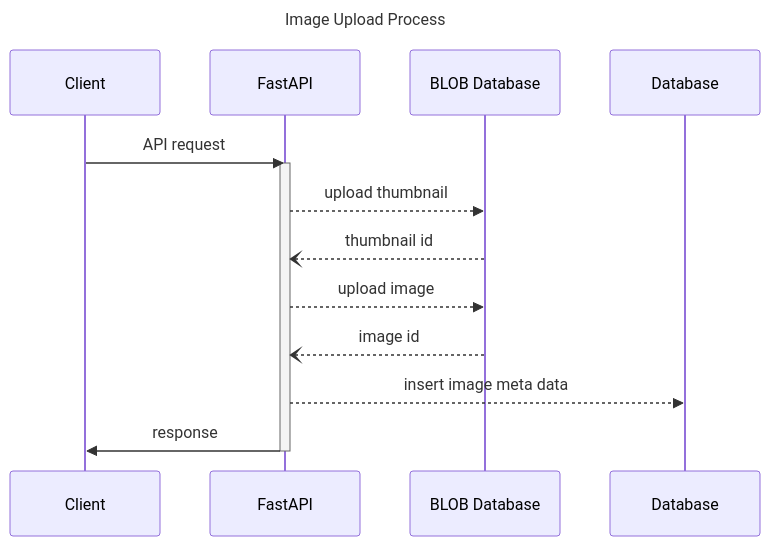
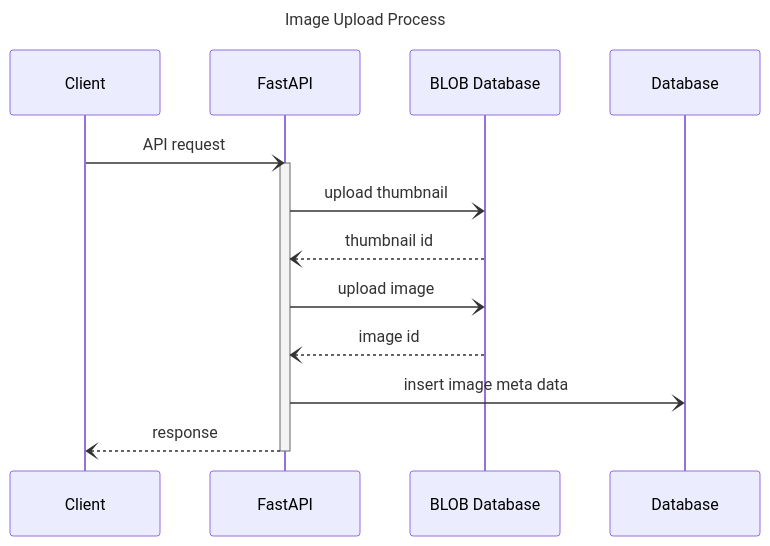
Before and after one commit to djccnt15/djccnt15.github.io: the second of 3 diagrams in docs/portfolio/vision.md, drawn with Mermaid. The commit also changed other lines of this file and 3 other files, not shown here.

Commit message:
hotfix UML diagrams

````diff
--- a/docs/portfolio/vision.md
+++ b/docs/portfolio/vision.md
@@ -161,15 +161,15 @@
 ```mermaid
 ---
 title: Image Upload Process
 ---
 sequenceDiagram
-    Client ->> FastAPI: API request
+    Client -) FastAPI: API request
     activate FastAPI
-    FastAPI -->> BLOB Database: upload thumbnail
+    FastAPI -) BLOB Database: upload thumbnail
     BLOB Database --) FastAPI: thumbnail id
-    FastAPI -->> BLOB Database: upload image
+    FastAPI -) BLOB Database: upload image
     BLOB Database --) FastAPI: image id
-    FastAPI -->> Database: insert image meta data
-    FastAPI ->> Client: response
+    FastAPI -) Database: insert image meta data
+    FastAPI --) Client: response
     deactivate FastAPI
 ```
````
